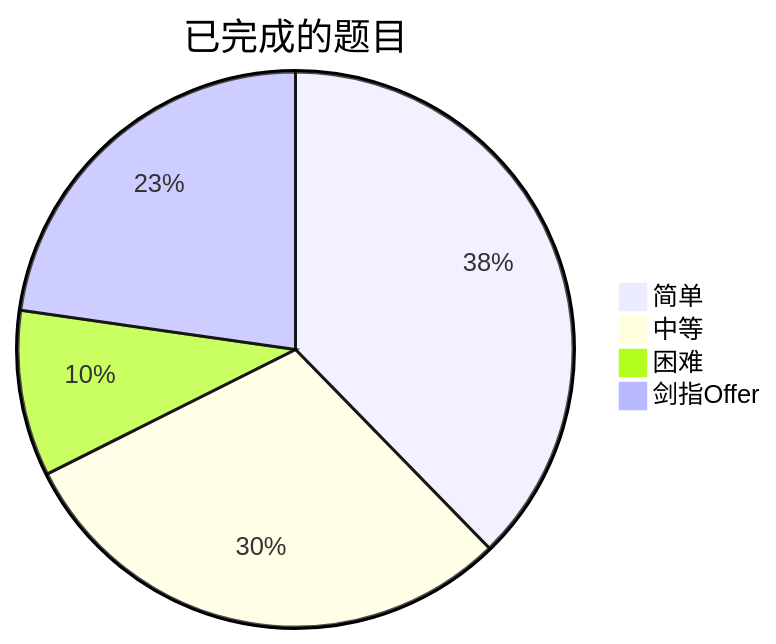
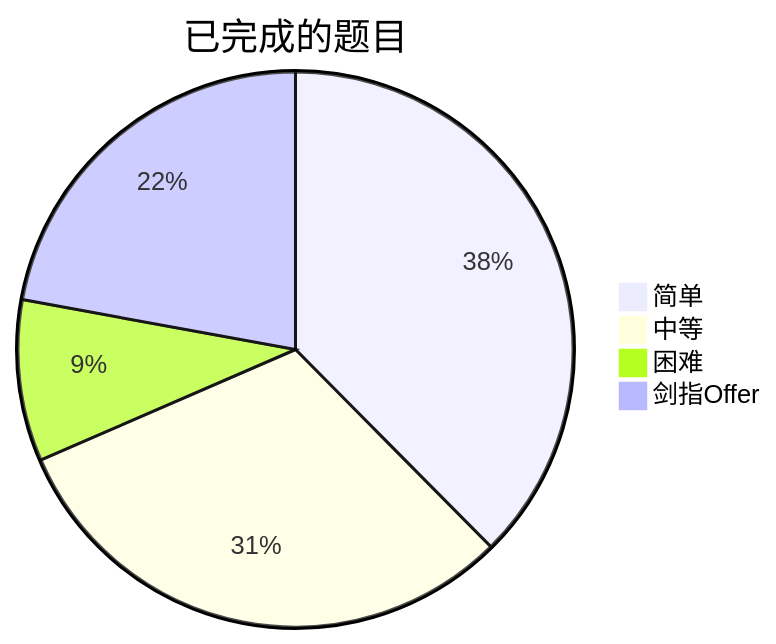
One commit to kaisa911/LeetCode changed the diagram in README.md. Above: the diagram before and after it, drawn with Mermaid. The commit also changed other lines of this file and 13 other files, not shown here.

````diff
--- a/README.md
+++ b/README.md
@@ -9,7 +9,7 @@
 ```mermaid
 pie title 已完成的题目
-    "简单" : 121
-    "中等" : 96
+    "简单" : 124
+    "中等" : 102
     "困难" : 31
     "剑指Offer" : 73
 ```
````
